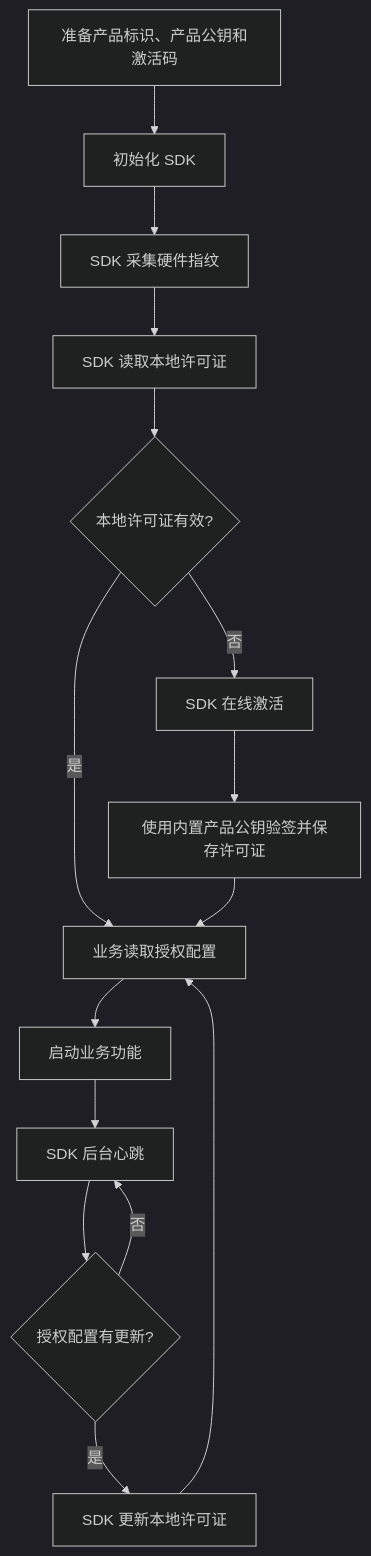
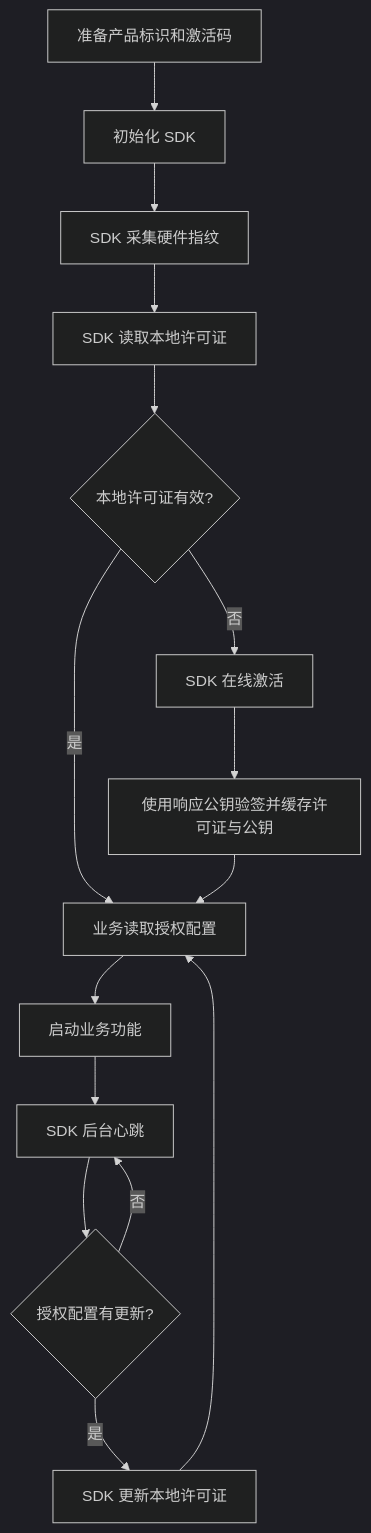
One commit to cedar-v/license-manager-docs changed the diagram in docs/developer/sdk/index.md. Above: the diagram before and after it, drawn with Mermaid (dark theme). The commit also changed other lines of this file and 22 other files, not shown here.

````diff
--- a/docs/developer/sdk/index.md
+++ b/docs/developer/sdk/index.md
@@ -35,17 +35,17 @@
 ```mermaid
 flowchart TD
-    A["准备产品标识、产品公钥和激活码"] --> B["初始化 SDK"]
+    A["准备产品标识和激活码"] --> B["初始化 SDK"]
     B --> C["SDK 采集硬件指纹"]
     C --> D["SDK 读取本地许可证"]
     D --> E{"本地许可证有效?"}
     E -->|是| F["业务读取授权配置"]
     E -->|否| G["SDK 在线激活"]
-    G --> H["使用内置产品公钥验签并保存许可证"]
+    G --> H["使用响应公钥验签并缓存许可证与公钥"]
     H --> F
     F --> I["启动业务功能"]
     I --> J["SDK 后台心跳"]
     J --> K{"授权配置有更新?"}
     K -->|是| L["SDK 更新本地许可证"]
     K -->|否| J
     L --> F
 ```
````
